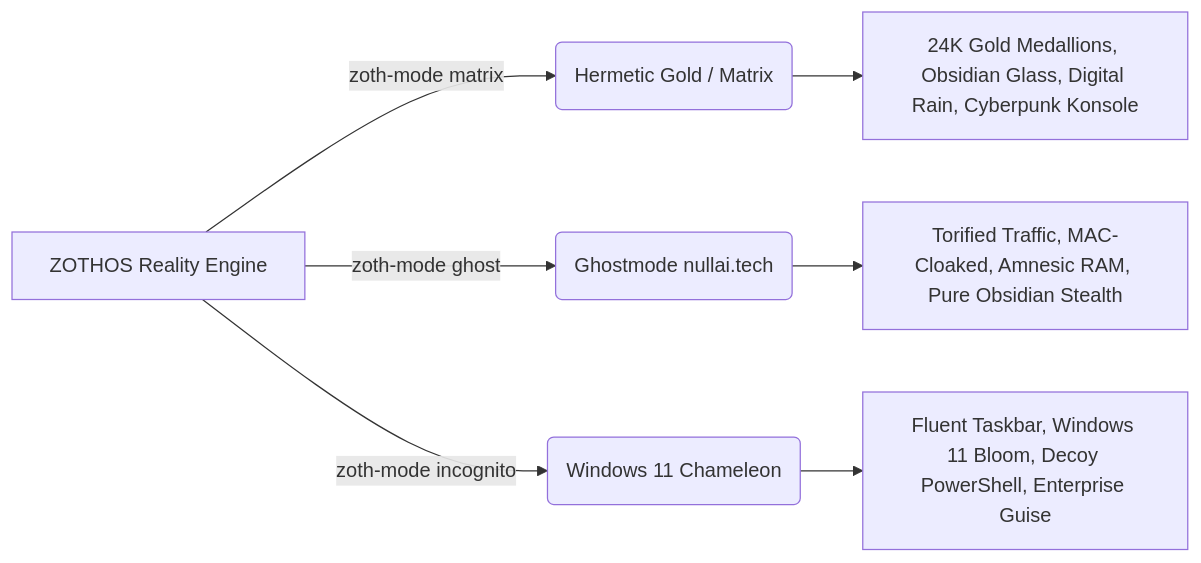
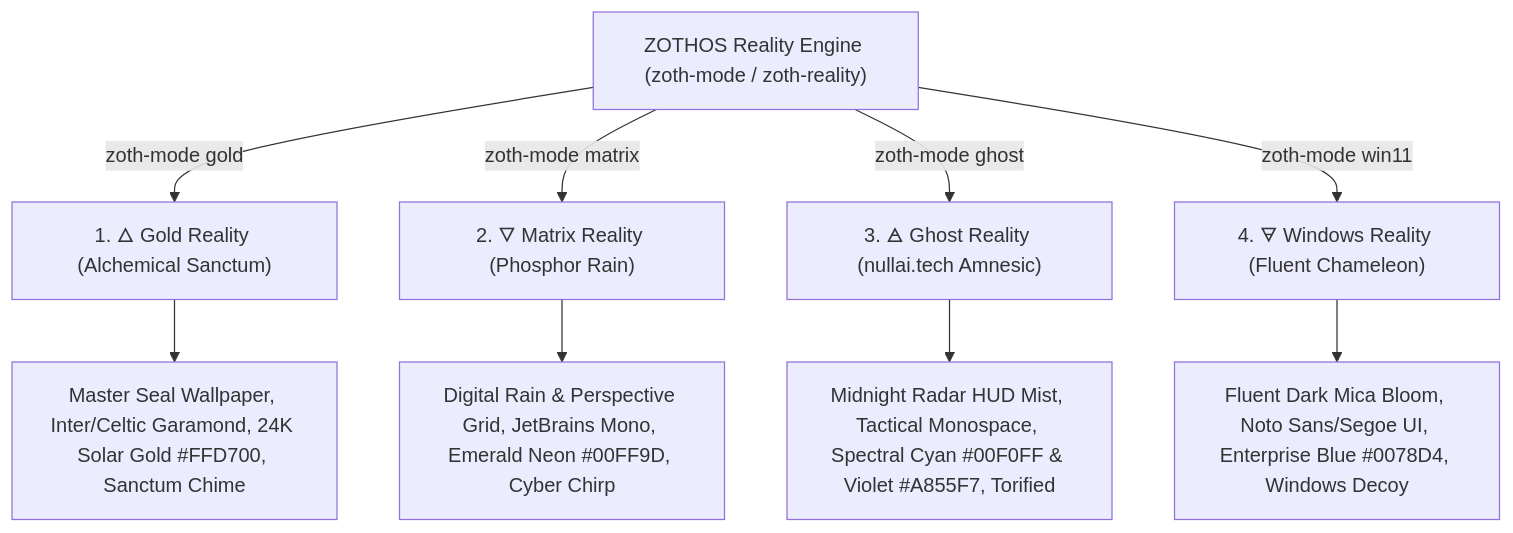
One commit to NullAITech/zoth-os changed the diagram in README.md. Above: the diagram before and after it, drawn with Mermaid. The commit also changed other lines of this file and 21 other files, not shown here.

````diff
--- a/README.md
+++ b/README.md
@@ -40,10 +40,12 @@
 ```mermaid
-flowchart LR
-    A["ZOTHOS Reality Engine"] -->|zoth-mode matrix| B("Hermetic Gold / Matrix")
-    A -->|zoth-mode ghost| C("Ghostmode nullai.tech")
-    A -->|zoth-mode incognito| D("Windows 11 Chameleon")
+flowchart TD
+    A["ZOTHOS Reality Engine (zoth-mode / zoth-reality)"] -->|zoth-mode gold| B["1. 🜂 Gold Reality (Alchemical Sanctum)"]
+    A -->|zoth-mode matrix| C["2. 🜄 Matrix Reality (Phosphor Rain)"]
+    A -->|zoth-mode ghost| D["3. 🜁 Ghost Reality (nullai.tech Amnesic)"]
+    A -->|zoth-mode win11| E["4. 🜃 Windows Reality (Fluent Chameleon)"]
     
-    B --> E["24K Gold Medallions, Obsidian Glass, Digital Rain, Cyberpunk Konsole"]
-    C --> F["Torified Traffic, MAC-Cloaked, Amnesic RAM, Pure Obsidian Stealth"]
-    D --> G["Fluent Taskbar, Windows 11 Bloom, Decoy PowerShell, Enterprise Guise"]
+    B --> F["Master Seal Wallpaper, Inter/Celtic Garamond, 24K Solar Gold #FFD700, Sanctum Chime"]
+    C --> G["Digital Rain & Perspective Grid, JetBrains Mono, Emerald Neon #00FF9D, Cyber Chirp"]
+    D --> H["Midnight Radar HUD Mist, Tactical Monospace, Spectral Cyan #00F0FF & Violet #A855F7, Torified"]
+    E --> I["Fluent Dark Mica Bloom, Noto Sans/Segoe UI, Enterprise Blue #0078D4, Windows Decoy"]
 ```
````
